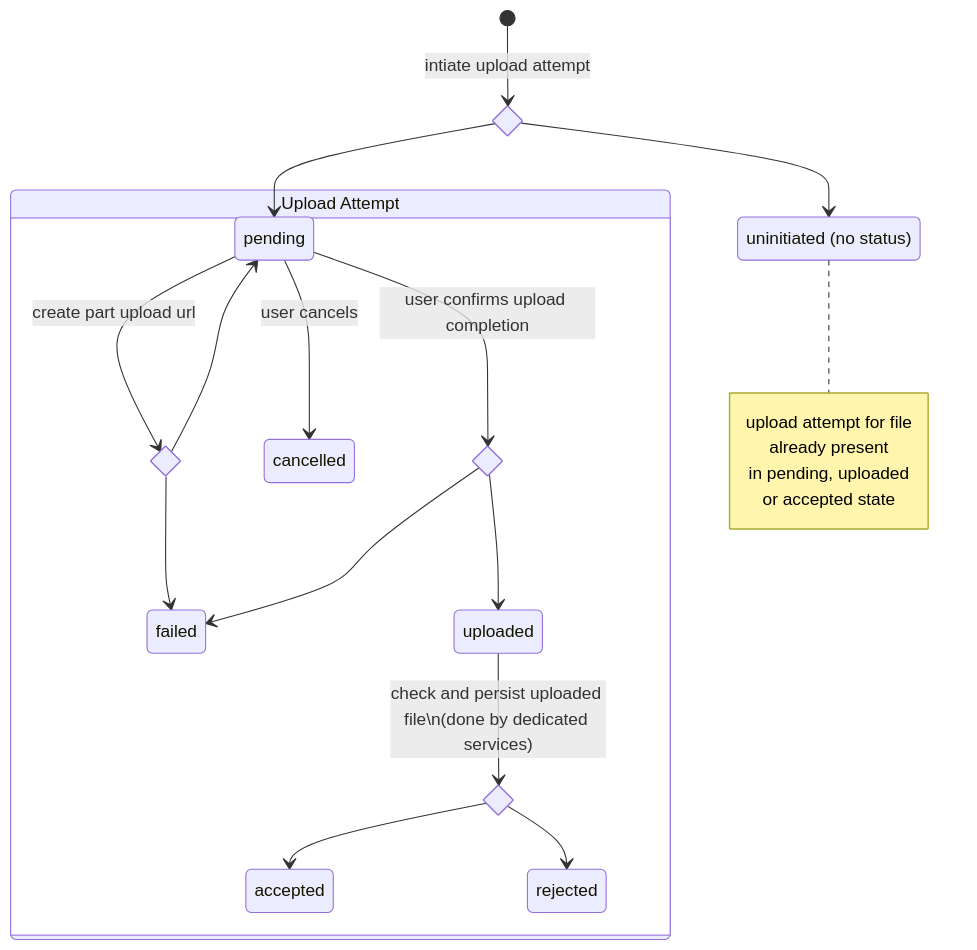
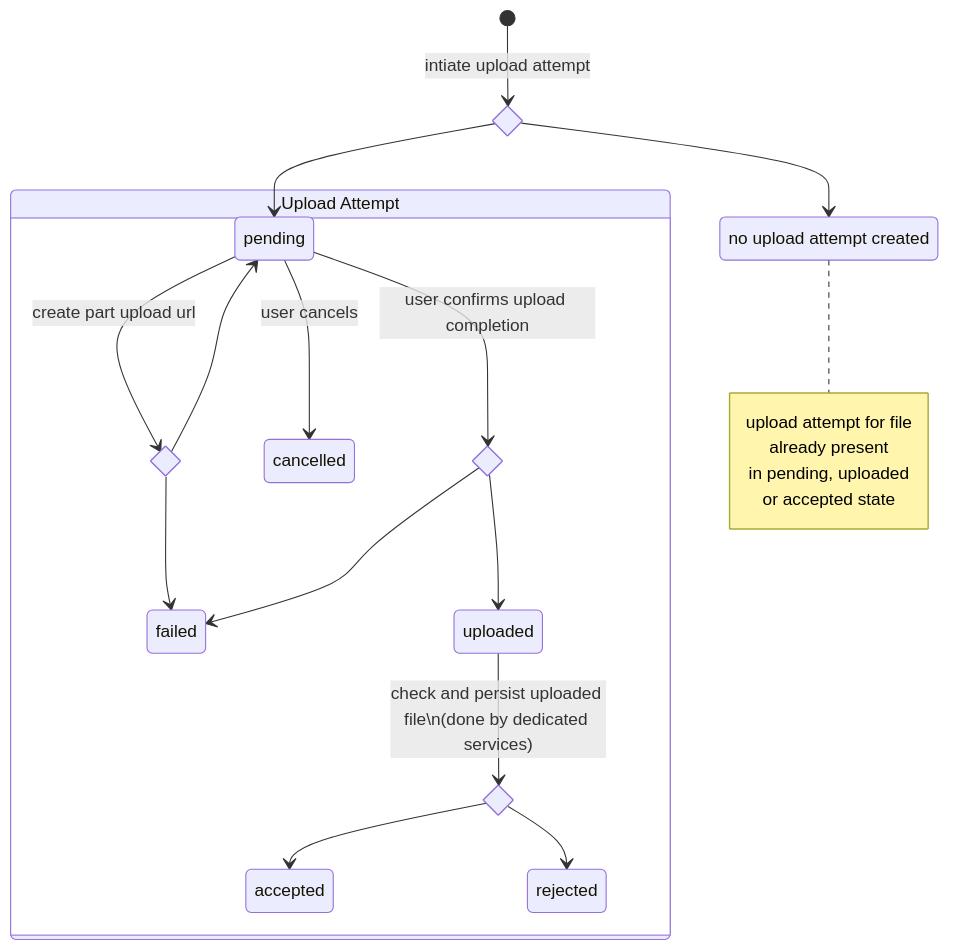
The diagram in 4-star-nosed_mole/technical_specification.md (ghga-de/milestones-docs), drawn with Mermaid before and after one commit.

Commit message:
Clarified wording for no attempt

````diff
--- a/4-star-nosed_mole/technical_specification.md
+++ b/4-star-nosed_mole/technical_specification.md
@@ -73,34 +73,34 @@
 ```mermaid
 stateDiagram-v2
     state initiate <<choice>>
-    state "uninitiated (no status)" as uninitiated
+    state "no upload attempt created" as uninitiated
     state "Upload Attempt" as upload_attempt
 
     [*] --> initiate: intiate upload attempt
     initiate --> uninitiated: 
     note right of uninitiated
     upload attempt for file
     already present
     in pending, uploaded 
     or accepted state 
     end note
     initiate --> pending
     state upload_attempt {
     state part_upload_choice <<choice>>
     
     pending --> part_upload_choice: create part upload url
     part_upload_choice --> pending
     part_upload_choice --> failed
     
     pending --> cancelled: user cancels
     state confirm_choice <<choice>>
     pending --> confirm_choice: user confirms upload completion
     confirm_choice --> failed
     confirm_choice --> uploaded
     
     state check_choice <<choice>>
     uploaded --> check_choice: check and persist uploaded file\n(done by dedicated services)
     check_choice --> accepted
     check_choice --> rejected
     }
 ```
````
